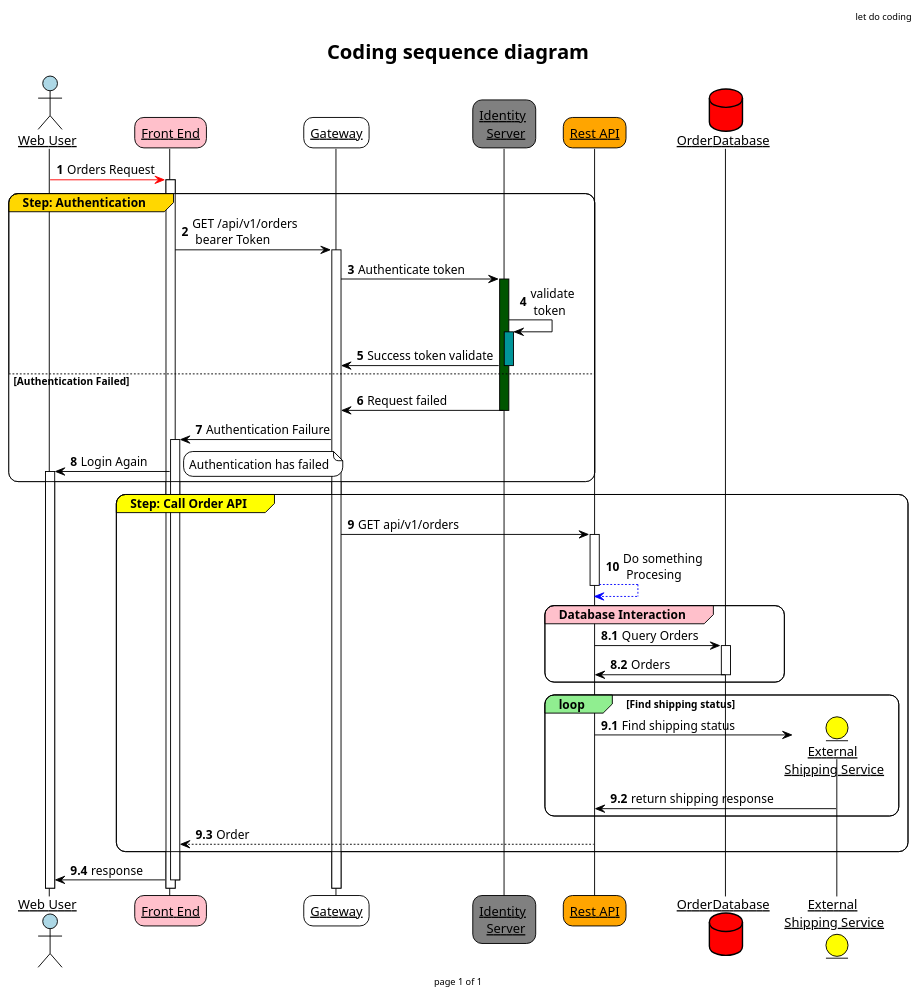
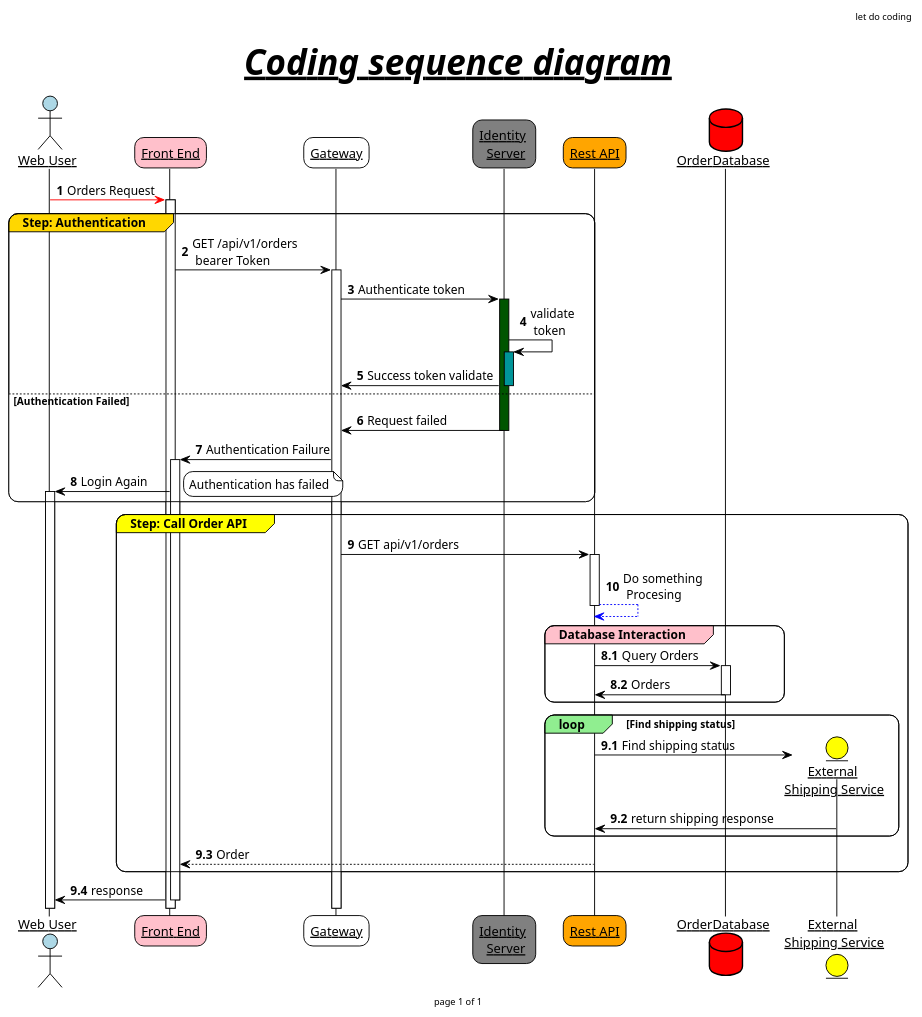
Before and after one commit to MehmoodHashmi/Documentation-as-Code-DaC: the diagram in docs/uml/PlantUML/sequence-diagram/template.puml, drawn with PlantUML. The commit also changed 2 other files, not shown here.

```diff
--- a/docs/uml/PlantUML/sequence-diagram/template.puml
+++ b/docs/uml/PlantUML/sequence-diagram/template.puml
@@ -1,59 +1,59 @@
 @startuml
 
 !theme plain
 
 skinparam sequenceParticipant underline
 skinparam roundcorner 20
  'hidefootbox
 header "let do coding"
 footer "page %page% of %lastpage%"
-title "Coding sequence diagram"
+title  = **//__Coding sequence diagram__//**
 autoactivate on
 autonumber
 
 actor "Web User" as webUser #lightblue
 participant "Front End" as Portal #pink
 participant Gateway
 participant "Identity \n Server" as IdentityServer #grey
 participant "Rest API" as RestAPI #orange
 database OrderDatabase #red
 entity "External \nShipping Service" as ExternalShippingService #yellow
 
 webUser -[#red]> Portal ++ : Orders Request
 group#gold  Step: Authentication
     Portal  ->  Gateway   ++ : GET /api/v1/orders\n bearer Token
 '
     Gateway -> IdentityServer #005500 : Authenticate token
     IdentityServer -> IdentityServer #009599: validate\n token
     IdentityServer -> Gateway -- : Success token validate
 else Authentication Failed
     IdentityServer -> Gateway -- : Request failed
     Gateway -> Portal : Authentication Failure
     Portal -> webUser : Login Again
     note right : Authentication has failed
 
 end
 
 group#yellow Step: Call Order API
     Gateway -> RestAPI ++: GET api/v1/orders
     RestAPI --[#blue]> RestAPI : Do something \n Procesing
     group#pink Database Interaction
     autonumber 8.1
         RestAPI -> OrderDatabase ++ : Query Orders
         OrderDatabase -> RestAPI -- : Orders
     end
 
     'loop
     autonumber inc
     loop#lightgreen Find shipping status
         RestAPI -> ExternalShippingService  ** : Find shipping status
         ExternalShippingService -> RestAPI -- : return shipping response
     end
 
     RestAPI --> Portal -- : Order
 
 end
 
 Portal  ->  webUser   -- : response
 
 @enduml
```
